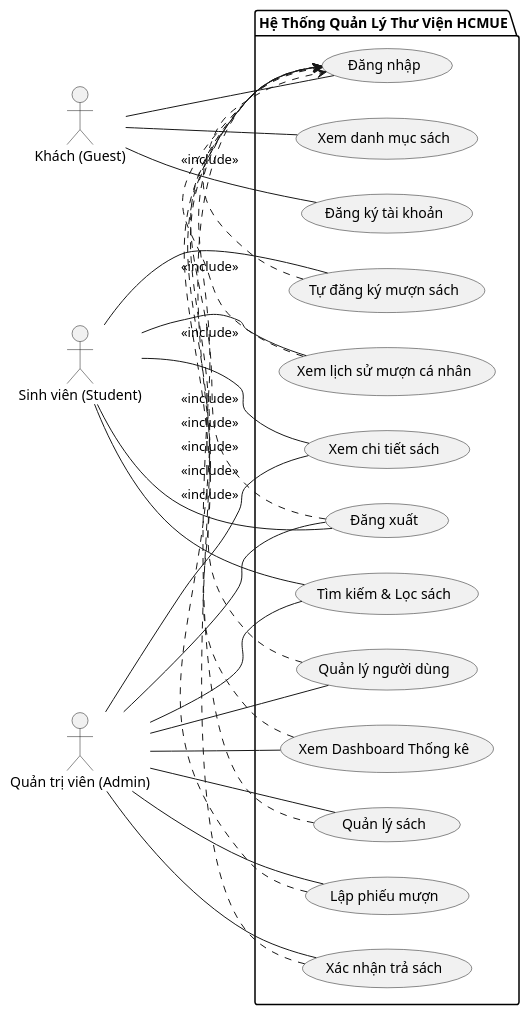
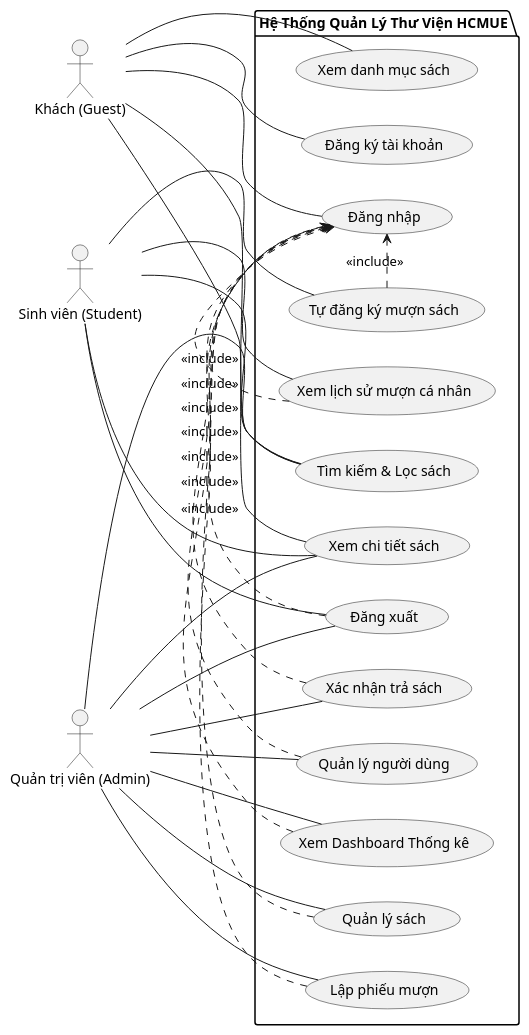
Before and after one commit to hiennguyenkim/laminas-app: the first of 12 diagrams in system_diagrams.md, drawn with PlantUML. The commit also changed other lines of this file and 30 other files, not shown here.

````diff
--- a/system_diagrams.md
+++ b/system_diagrams.md
@@ -9,60 +9,62 @@
 ```plantuml
 @startuml
 left to right direction
 
 ' Định nghĩa hình người (actor)
 actor "Khách (Guest)" as Guest
 actor "Sinh viên (Student)" as Student
 actor "Quản trị viên (Admin)" as Admin
 
 ' Ranh giới hệ thống
 package "Hệ Thống Quản Lý Thư Viện HCMUE" {
     usecase "Xem danh mục sách" as UC_View
     usecase "Đăng nhập" as UC_Login
     usecase "Đăng ký tài khoản" as UC_Register
     usecase "Đăng xuất" as UC_Logout
     
     usecase "Tìm kiếm & Lọc sách" as UC_Search
     usecase "Xem chi tiết sách" as UC_ViewDetail
     usecase "Tự đăng ký mượn sách" as UC_Borrow
     usecase "Xem lịch sử mượn cá nhân" as UC_History
     
     usecase "Quản lý sách" as UC_ManageBook
     usecase "Lập phiếu mượn" as UC_Lend
     usecase "Xác nhận trả sách" as UC_Return
     usecase "Quản lý người dùng" as UC_ManageUser
     usecase "Xem Dashboard Thống kê" as UC_Dashboard
 }
 
 ' 
 Guest -- UC_View
+Guest -- UC_Search
+Guest -- UC_ViewDetail
 Guest -- UC_Login
 Guest -- UC_Register
 
 Student -- UC_Search
 Student -- UC_ViewDetail
 Student -- UC_Borrow
 Student -- UC_History
 Student -- UC_Logout
 
 Admin -- UC_ManageBook
 Admin -- UC_Lend
 Admin -- UC_Return
 Admin -- UC_ManageUser
 Admin -- UC_Dashboard
 Admin -- UC_Logout
 Admin -- UC_Search
 Admin -- UC_ViewDetail
 
 '
 UC_Borrow .> UC_Login : <<include>>
 UC_History .> UC_Login : <<include>>
 UC_ManageBook .> UC_Login : <<include>>
 UC_Lend .> UC_Login : <<include>>
 UC_Return .> UC_Login : <<include>>
 UC_ManageUser .> UC_Login : <<include>>
 UC_Dashboard .> UC_Login : <<include>>
 UC_Logout .> UC_Login : <<include>>
 
 @enduml
 ```
````
